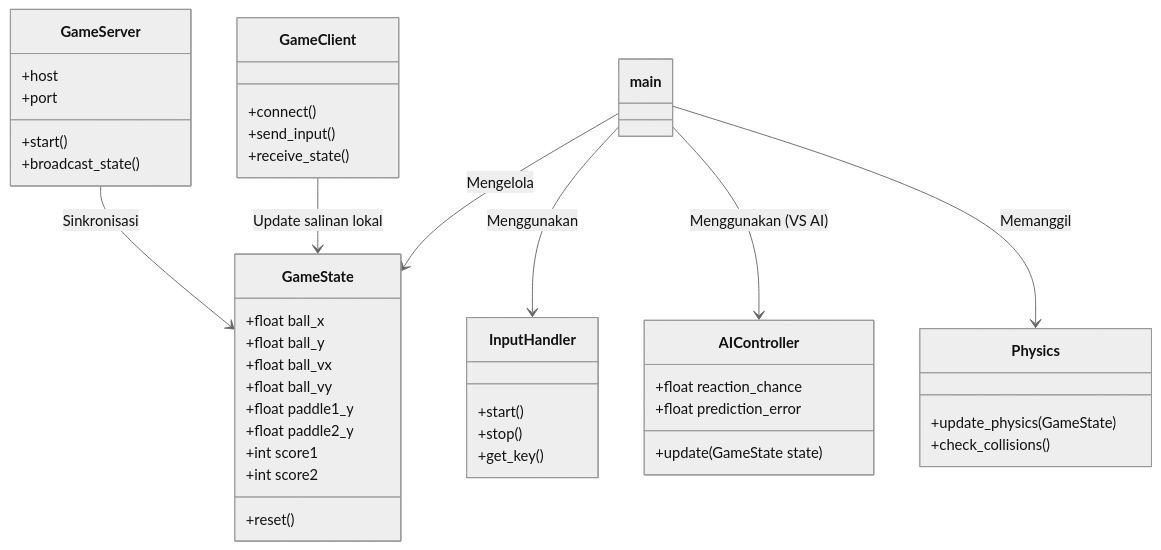
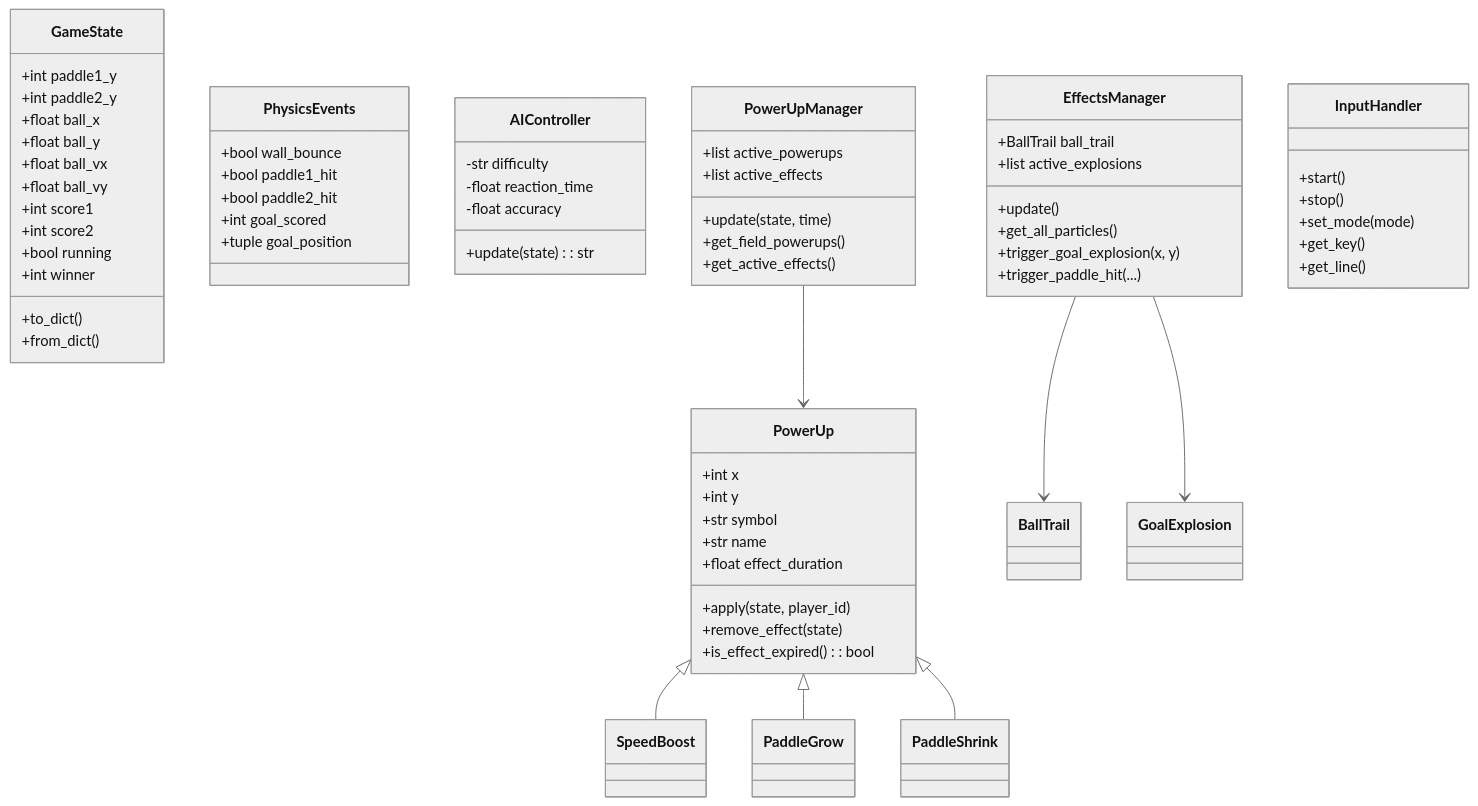
Before and after one commit to ditverse/ascii-game-python: the first of 4 diagrams in docs/SYSTEM_ARCHITECTURE.md, drawn with Mermaid (neutral theme). The commit also changed other lines of this file and 5 other files, not shown here.

````diff
--- a/docs/SYSTEM_ARCHITECTURE.md
+++ b/docs/SYSTEM_ARCHITECTURE.md
@@ -36,52 +37,79 @@
 ```mermaid
 classDiagram
     class GameState {
+        +int paddle1_y
+        +int paddle2_y
         +float ball_x
         +float ball_y
         +float ball_vx
         +float ball_vy
-        +float paddle1_y
-        +float paddle2_y
         +int score1
         +int score2
-        +reset()
+        +bool running
+        +int winner
+        +to_dict()
+        +from_dict()
     }
-
+    
+    class PhysicsEvents {
+        +bool wall_bounce
+        +bool paddle1_hit
+        +bool paddle2_hit
+        +int goal_scored
+        +tuple goal_position
+    }
+    
     class AIController {
-        +float reaction_chance
-        +float prediction_error
-        +update(GameState state)
+        -str difficulty
+        -float reaction_time
+        -float accuracy
+        +update(state): str
     }
-
+    
+    class PowerUp {
+        +int x
+        +int y
+        +str symbol
+        +str name
+        +float effect_duration
+        +apply(state, player_id)
+        +remove_effect(state)
+        +is_effect_expired(): bool
+    }
+    
+    class SpeedBoost
+    class PaddleGrow
+    class PaddleShrink
+    
+    class PowerUpManager {
+        +list active_powerups
+        +list active_effects
+        +update(state, time)
+        +get_field_powerups()
+        +get_active_effects()
+    }
+    
+    class EffectsManager {
+        +BallTrail ball_trail
+        +list active_explosions
+        +update()
+        +get_all_particles()
+        +trigger_goal_explosion(x, y)
+        +trigger_paddle_hit(...)
+    }
+    
     class InputHandler {
         +start()
         +stop()
+        +set_mode(mode)
         +get_key()
+        +get_line()
     }
-
-    class GameServer {
-        +host
-        +port
-        +start()
-        +broadcast_state()
-    }
-
-    class GameClient {
-        +connect()
-        +send_input()
-        +receive_state()
-    }
-
-    class Physics {
-        +update_physics(GameState)
-        +check_collisions()
-    }
-
-    main --> GameState : Mengelola
-    main --> InputHandler : Menggunakan
-    main --> AIController : Menggunakan (VS AI)
-    main --> Physics : Memanggil
     
-    GameServer --> GameState : Sinkronisasi
-    GameClient --> GameState : Update salinan lokal
+    PowerUp <|-- SpeedBoost
+    PowerUp <|-- PaddleGrow
+    PowerUp <|-- PaddleShrink
+    PowerUpManager --> PowerUp
+    EffectsManager --> BallTrail
+    EffectsManager --> GoalExplosion
 ```
````
